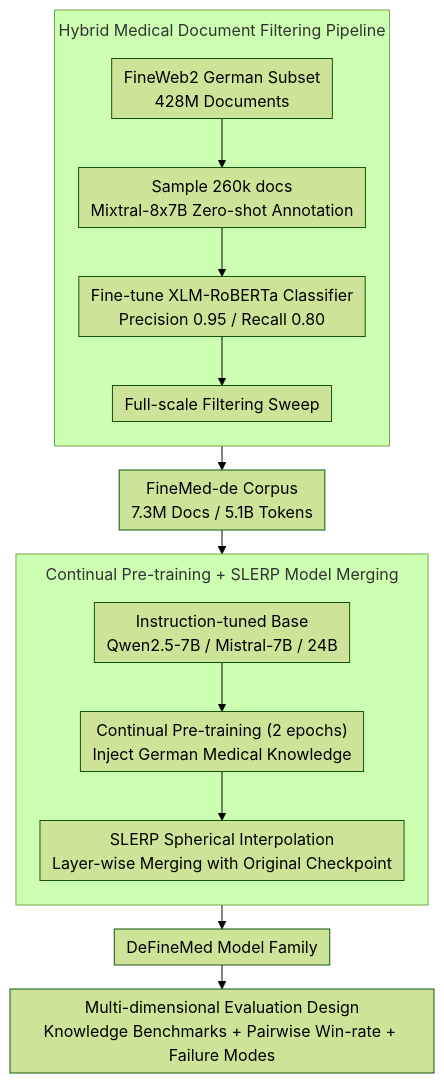
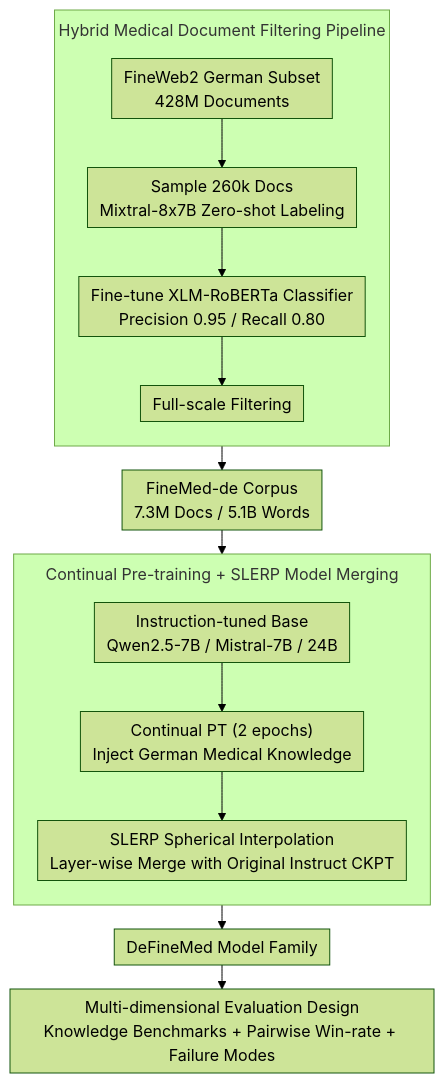
One commit to zhaoyang97/Paper-Notes-en changed the diagram in docs/ACL2026/medical_nlp/can_continual_pre-training_bridge_the_performance_gap_between_general-purpose_an.md. Above: the diagram before and after it, drawn with Mermaid (forest theme). The commit also changed other lines of this file and 5084 other files, not shown here.

````diff
--- a/docs/ACL2026/medical_nlp/can_continual_pre-training_bridge_the_performance_gap_between_general-purpose_an.md
+++ b/docs/ACL2026/medical_nlp/can_continual_pre-training_bridge_the_performance_gap_between_general-purpose_an.md
@@ -44,19 +44,19 @@
 ```mermaid
 %%{init: {'flowchart': {'rankSpacing': 24, 'nodeSpacing': 28, 'padding': 6, 'wrappingWidth': 400, 'subGraphTitleMargin': {'top': 8, 'bottom': 16}}}}%%
 flowchart TD
     subgraph FILTER["Hybrid Medical Document Filtering Pipeline"]
         direction TB
-        A["FineWeb2 German Subset<br/>428M Documents"] --> B["Sample 260k docs<br/>Mixtral-8x7B Zero-shot Annotation"]
+        A["FineWeb2 German Subset<br/>428M Documents"] --> B["Sample 260k Docs<br/>Mixtral-8x7B Zero-shot Labeling"]
         B --> C["Fine-tune XLM-RoBERTa Classifier<br/>Precision 0.95 / Recall 0.80"]
-        C --> D["Full-scale Filtering Sweep"]
+        C --> D["Full-scale Filtering"]
     end
-    D --> E["FineMed-de Corpus<br/>7.3M Docs / 5.1B Tokens"]
+    D --> E["FineMed-de Corpus<br/>7.3M Docs / 5.1B Words"]
     subgraph ADAPT["Continual Pre-training + SLERP Model Merging"]
         direction TB
-        F["Instruction-tuned Base<br/>Qwen2.5-7B / Mistral-7B / 24B"] --> G["Continual Pre-training (2 epochs)<br/>Inject German Medical Knowledge"]
-        G --> H["SLERP Spherical Interpolation<br/>Layer-wise Merging with Original Checkpoint"]
+        F["Instruction-tuned Base<br/>Qwen2.5-7B / Mistral-7B / 24B"] --> G["Continual PT (2 epochs)<br/>Inject German Medical Knowledge"]
+        G --> H["SLERP Spherical Interpolation<br/>Layer-wise Merge with Original Instruct CKPT"]
     end
     E --> G
     H --> I["DeFineMed Model Family"]
     I --> J["Multi-dimensional Evaluation Design<br/>Knowledge Benchmarks + Pairwise Win-rate + Failure Modes"]
 ```
````
